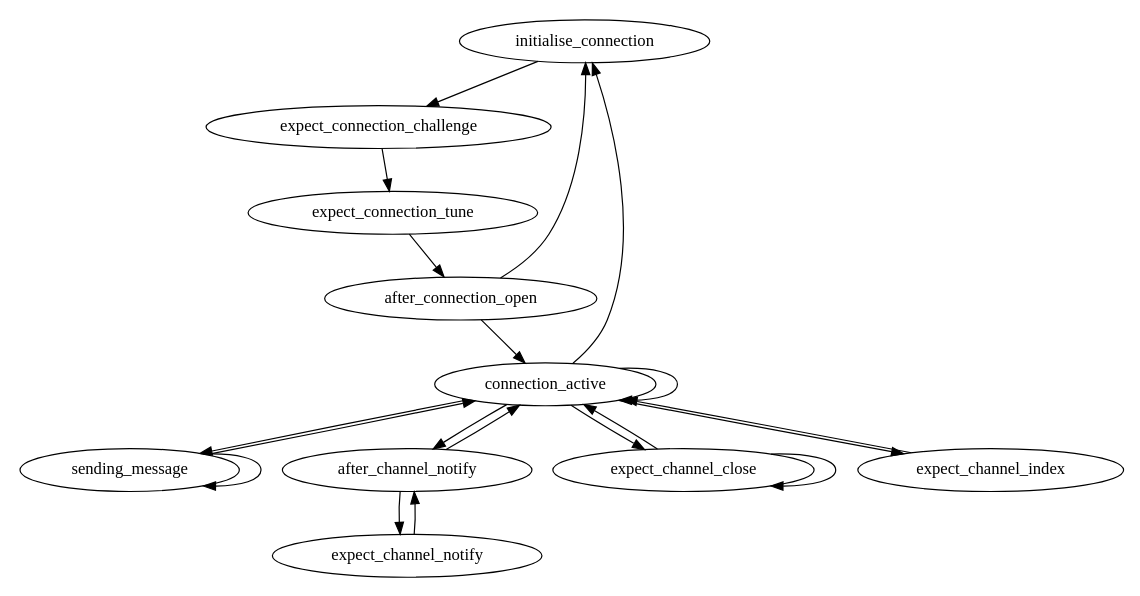
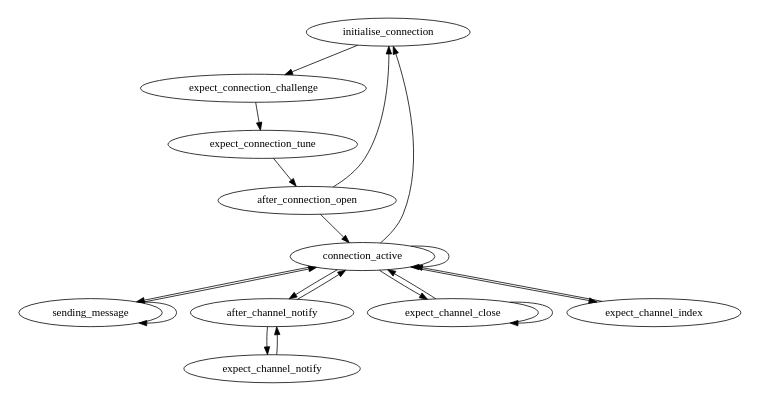
One commit to imatix/openamq changed the diagram in doc/amq_sclient_agent.dot. Above: the diagram before and after it, drawn with Graphviz. The commit also changed 10 other files, not shown here.

Commit message:
Graph size accomodated for PDF node visibility

```diff
--- a/doc/amq_sclient_agent.dot
+++ b/doc/amq_sclient_agent.dot
@@ -1,25 +1,24 @@
 digraph {
-    size = "7.5,8";
-    center = 1;
+    size = "5,8";
     subgraph client {
         initialise_connection -> expect_connection_challenge;
         expect_connection_challenge -> expect_connection_tune;
         expect_connection_tune -> after_connection_open;
         after_connection_open -> connection_active;
         after_connection_open -> initialise_connection;
         connection_active -> connection_active;
         connection_active -> sending_message;
         connection_active -> after_channel_notify;
         connection_active -> expect_channel_close;
         connection_active -> expect_channel_index;
         connection_active -> initialise_connection;
         after_channel_notify -> expect_channel_notify;
         after_channel_notify -> connection_active;
         expect_channel_notify -> after_channel_notify;
         expect_channel_close -> expect_channel_close;
         expect_channel_close -> connection_active;
         expect_channel_index -> connection_active;
         sending_message -> sending_message;
         sending_message -> connection_active;
     }
 }
```
